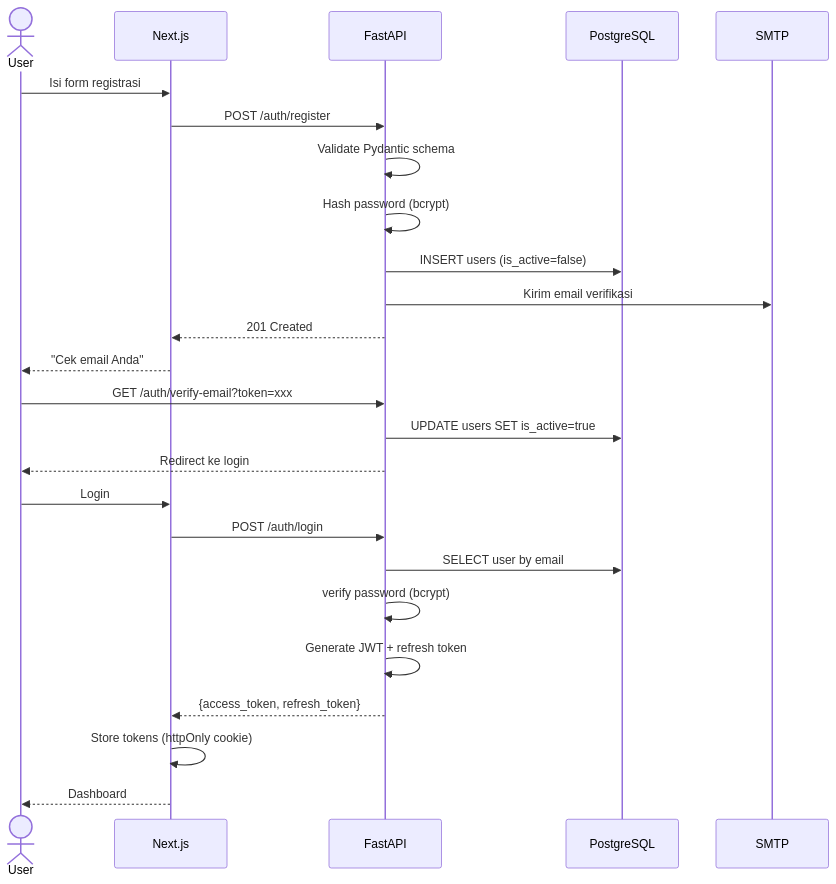
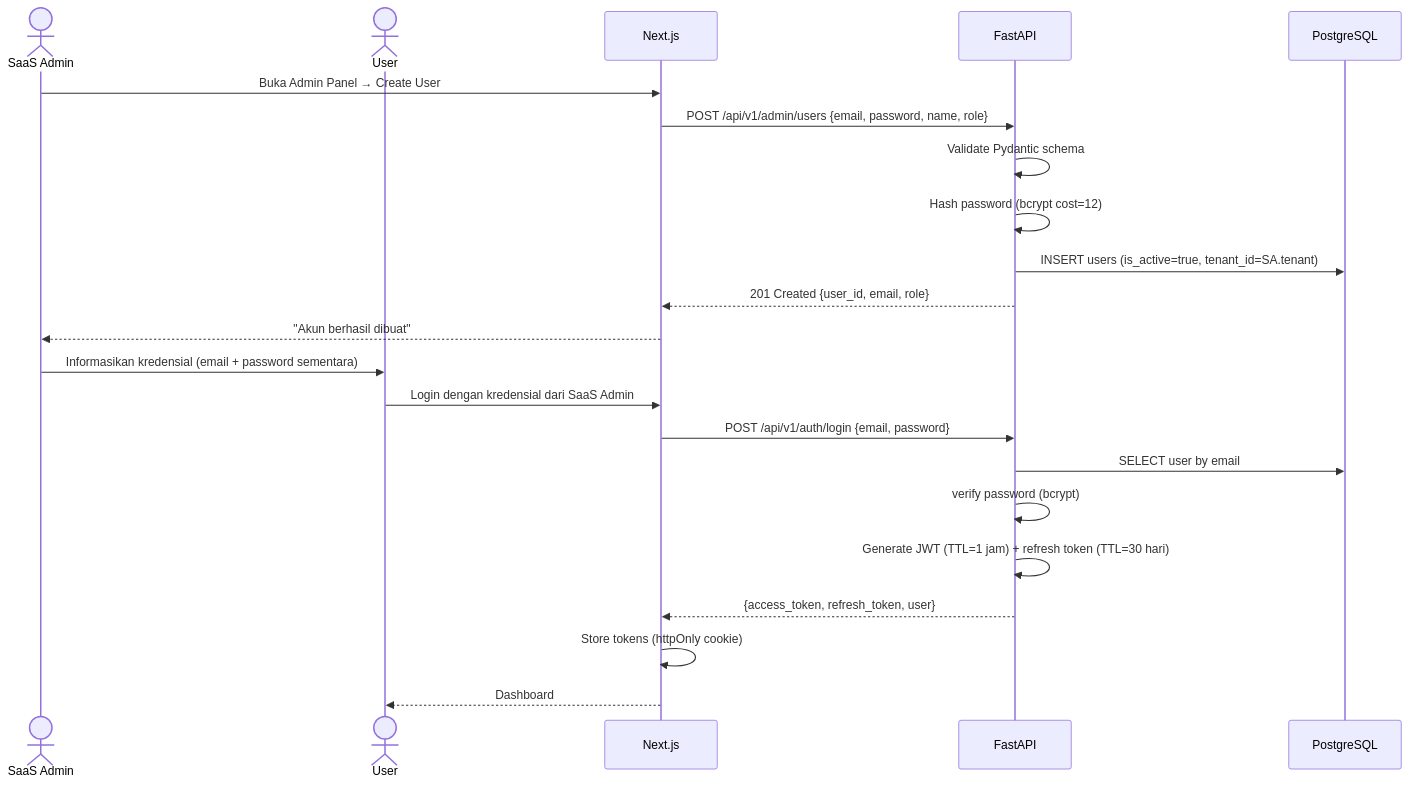
The sixth of 14 diagrams in docs/SRS_OJSDEF.md (OJS-Def-CP-Filkom-UB/OJSDEF-BackEnd), drawn with Mermaid before and after one commit. The commit also changed other lines of this file and 2 other files, not shown here.

````diff
--- a/docs/SRS_OJSDEF.md
+++ b/docs/SRS_OJSDEF.md
@@ -1129,30 +1196,26 @@
 ```mermaid
 sequenceDiagram
+    actor SA as SaaS Admin
     actor U as User
     participant FE as Next.js
     participant API as FastAPI
     participant DB as PostgreSQL
-    participant EMAIL as SMTP
 
-    U->>FE: Isi form registrasi
-    FE->>API: POST /auth/register
+    SA->>FE: Buka Admin Panel → Create User
+    FE->>API: POST /api/v1/admin/users {email, password, name, role}
     API->>API: Validate Pydantic schema
-    API->>API: Hash password (bcrypt)
-    API->>DB: INSERT users (is_active=false)
-    API->>EMAIL: Kirim email verifikasi
-    API-->>FE: 201 Created
-    FE-->>U: "Cek email Anda"
+    API->>API: Hash password (bcrypt cost=12)
+    API->>DB: INSERT users (is_active=true, tenant_id=SA.tenant)
+    API-->>FE: 201 Created {user_id, email, role}
+    FE-->>SA: "Akun berhasil dibuat"
+    SA->>U: Informasikan kredensial (email + password sementara)
 
-    U->>API: GET /auth/verify-email?token=xxx
-    API->>DB: UPDATE users SET is_active=true
-    API-->>U: Redirect ke login
-
-    U->>FE: Login
-    FE->>API: POST /auth/login
+    U->>FE: Login dengan kredensial dari SaaS Admin
+    FE->>API: POST /api/v1/auth/login {email, password}
     API->>DB: SELECT user by email
     API->>API: verify password (bcrypt)
-    API->>API: Generate JWT + refresh token
-    API-->>FE: {access_token, refresh_token}
+    API->>API: Generate JWT (TTL=1 jam) + refresh token (TTL=30 hari)
+    API-->>FE: {access_token, refresh_token, user}
     FE->>FE: Store tokens (httpOnly cookie)
     FE-->>U: Dashboard
 ```
````
